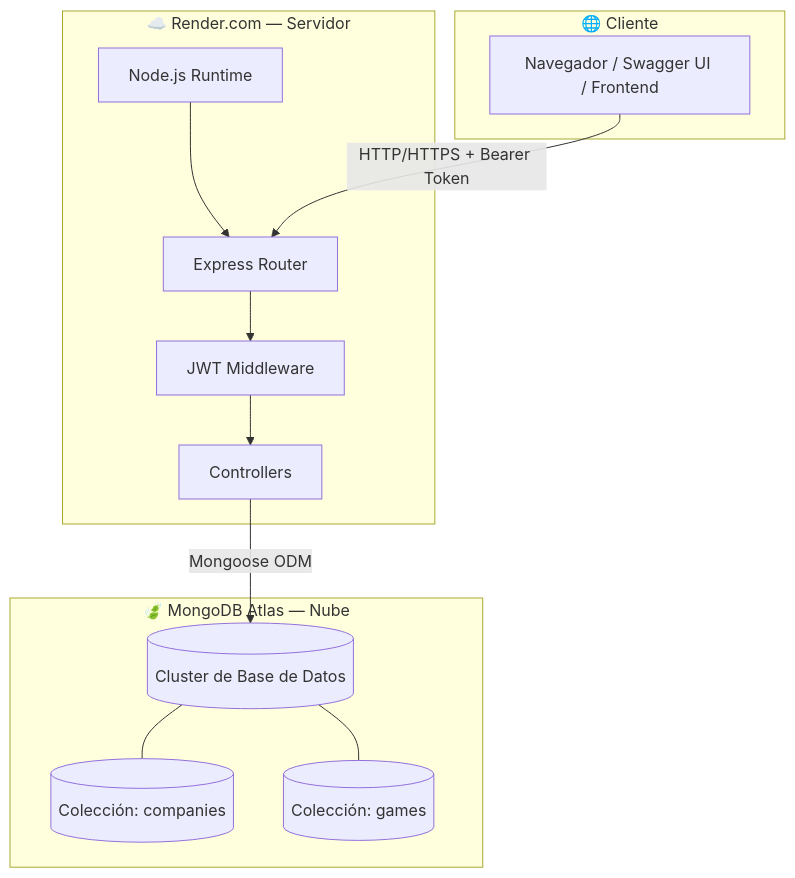
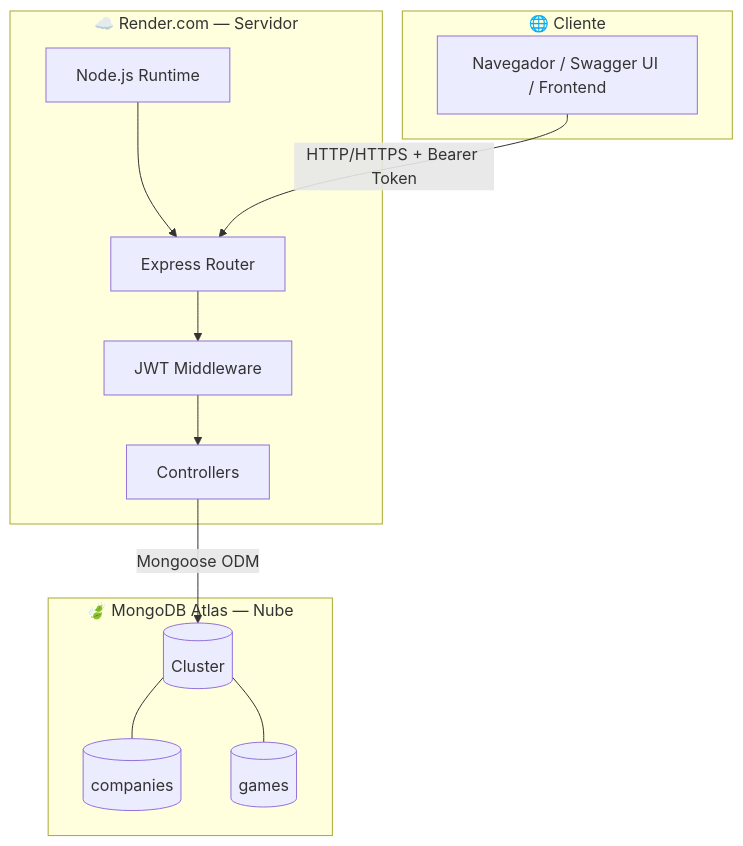
Before and after one commit to SantiagoMunevar125/taller-api-rest: the second of 3 diagrams in README.md, drawn with Mermaid. The commit also changed other lines of this file, not shown here.

````diff
--- a/README.md
+++ b/README.md
@@ -76,25 +74,25 @@
 ```mermaid
 graph TD
     subgraph Cliente["🌐 Cliente"]
         A[Navegador / Swagger UI / Frontend]
     end
 
     subgraph Render["☁️ Render.com — Servidor"]
         B[Node.js Runtime]
         C[Express Router]
         D[JWT Middleware]
         E[Controllers]
         B --> C --> D --> E
     end
 
     subgraph Atlas["🍃 MongoDB Atlas — Nube"]
-        F[(Cluster de Base de Datos)]
-        G[(Colección: companies)]
-        H[(Colección: games)]
+        F[(Cluster)]
+        G[(companies)]
+        H[(games)]
         F --- G
         F --- H
     end
 
     A -- "HTTP/HTTPS + Bearer Token" --> C
     E -- "Mongoose ODM" --> F
 ```
````
